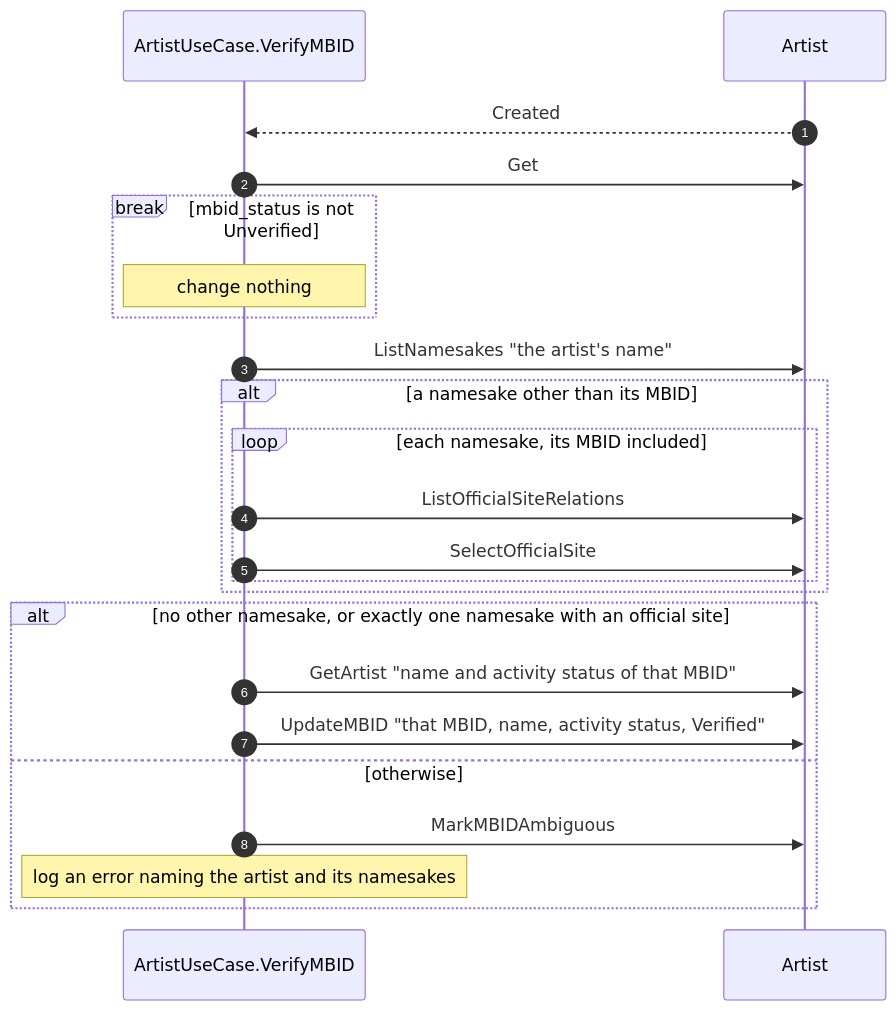
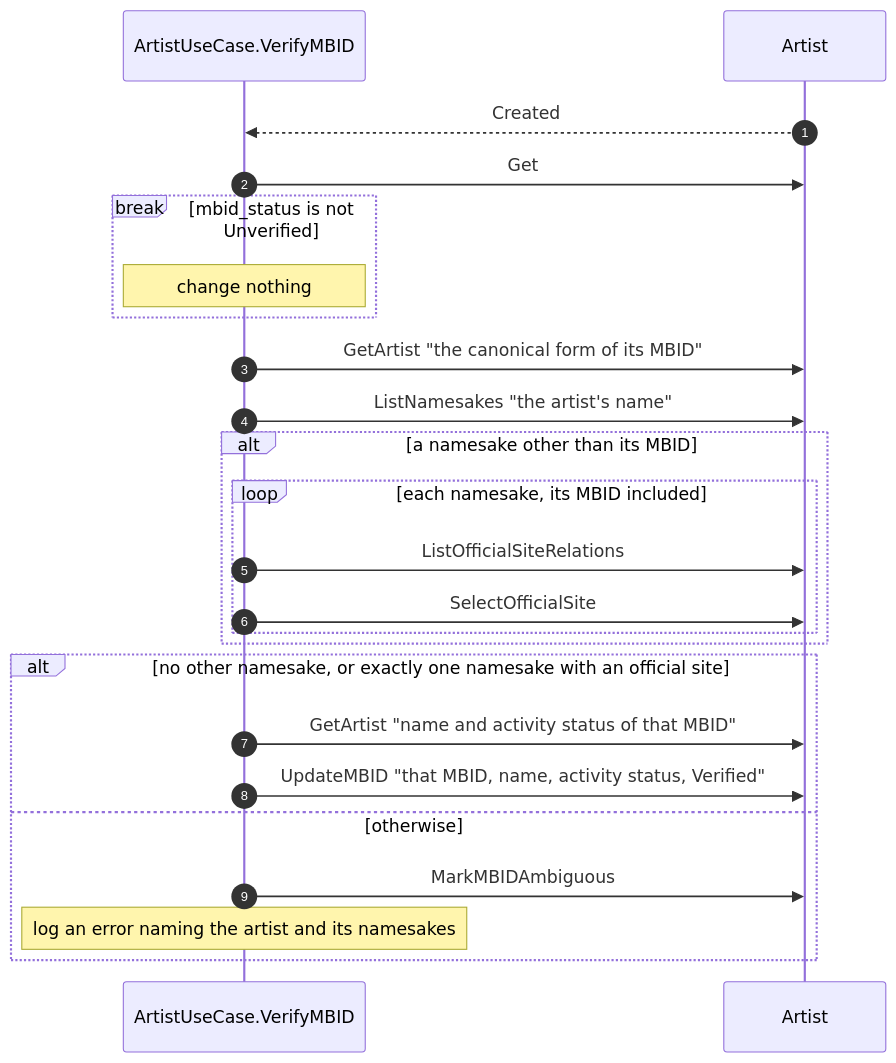
One commit to liverty-music/specification changed the diagram in openspec/changes/verify-artist-mbid/specs/components/usecase/artist/verify-mbid/spec.md. Above: the diagram before and after it, drawn with Mermaid. The commit also changed 1 other file, not shown here.

Commit message:
docs(openspec): list the UpdateFanart and Search budget work in tasks
The tasks did not name the UpdateFanart change and still deferred the
Search decision budget to a measured follow-up, and the VerifyMBID sequence
diagram missed the canonical-MBID lookup.

OpenSpec-Change: verify-artist-mbid

````diff
--- a/openspec/changes/verify-artist-mbid/specs/components/usecase/artist/verify-mbid/spec.md
+++ b/openspec/changes/verify-artist-mbid/specs/components/usecase/artist/verify-mbid/spec.md
@@ -5,25 +5,26 @@
 ```mermaid
 sequenceDiagram
 autonumber
 participant UC as ArtistUseCase.VerifyMBID
 participant Artist
 Artist-->>UC: Created
 UC->>Artist: Get
 break mbid_status is not Unverified
   Note over UC: change nothing
 end
+UC->>Artist: GetArtist "the canonical form of its MBID"
 UC->>Artist: ListNamesakes "the artist's name"
 alt a namesake other than its MBID
   loop each namesake, its MBID included
     UC->>Artist: ListOfficialSiteRelations
     UC->>Artist: SelectOfficialSite
   end
 end
 alt no other namesake, or exactly one namesake with an official site
   UC->>Artist: GetArtist "name and activity status of that MBID"
   UC->>Artist: UpdateMBID "that MBID, name, activity status, Verified"
 else otherwise
   UC->>Artist: MarkMBIDAmbiguous
   Note over UC: log an error naming the artist and its namesakes
 end
 ```
````
